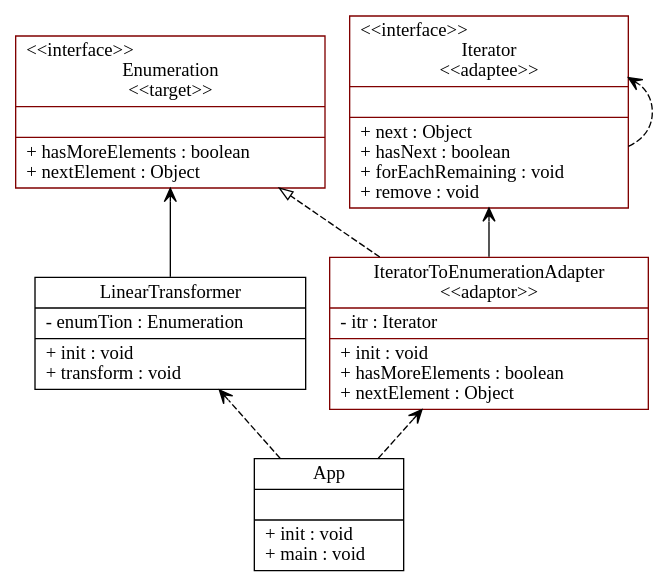
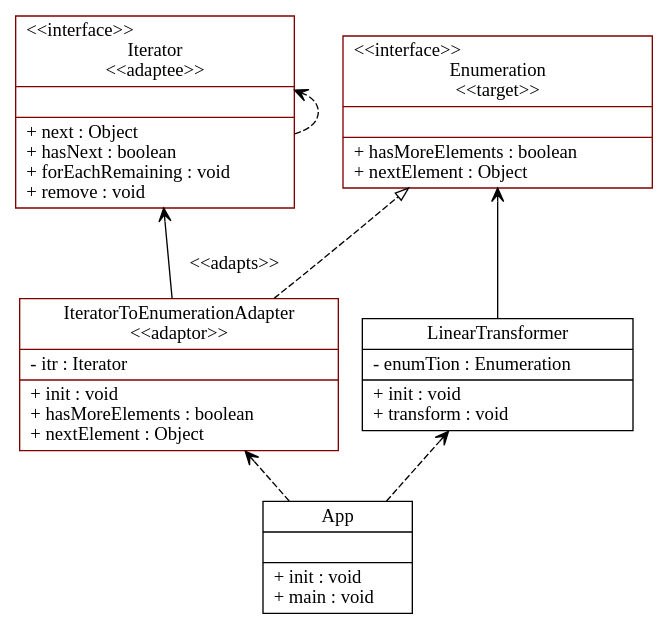
The diagram in graph_text/generated_graph.gv (cbudo/UMLCreator), drawn with Graphviz before and after one commit. The commit also changed 20 other files, not shown here.

```diff
--- a/graph_text/generated_graph.gv
+++ b/graph_text/generated_graph.gv
@@ -1,49 +1,49 @@
 digraph UML_Diagram
 {
 rankdir=BT;
 
 IteratorToEnumerationAdapter [
 shape = "record", color="maroon", fillcolor=white, style=filled,
 label = "{IteratorToEnumerationAdapter\n\<\<adaptor\>\>\n|
 - itr : Iterator\l
 |+ init : void\l
 + hasMoreElements : boolean\l
 + nextElement : Object\l
 }"];
 IteratorToEnumerationAdapter -> Enumeration [arrowhead="onormal", style="dashed"];
 
 App [
 shape = "record", color="black", fillcolor=white, style=filled,
 label = "{App\n|
 |+ init : void\l
 + main : void\l
 }"];
 
 LinearTransformer [
 shape = "record", color="black", fillcolor=white, style=filled,
 label = "{LinearTransformer\n|
 - enumTion : Enumeration\l
 |+ init : void\l
 + transform : void\l
 }"];
 
 Iterator [
 shape = "record", color="maroon", fillcolor=white, style=filled,
 label = "{\<\<interface\>\>\lIterator\n\<\<adaptee\>\>\n||+ next : Object\l
 + hasNext : boolean\l
 + forEachRemaining : void\l
 + remove : void\l
 }"];
 
 Enumeration [
 shape = "record", color="maroon", fillcolor=white, style=filled,
 label = "{\<\<interface\>\>\lEnumeration\n\<\<target\>\>\n||+ hasMoreElements : boolean\l
 + nextElement : Object\l
 }"];
-App -> IteratorToEnumerationAdapter [arrowhead="vee", style="dashed"];
-App -> LinearTransformer [arrowhead="vee", style="dashed"];
-Iterator -> Iterator [arrowhead="vee", style="dashed"];
-IteratorToEnumerationAdapter -> Iterator [arrowhead="vee", style="solid"];
-LinearTransformer -> Enumeration [arrowhead="vee", style="solid"];
+App -> IteratorToEnumerationAdapter [label = "", arrowhead="vee", style="dashed"];
+App -> LinearTransformer [label = "", arrowhead="vee", style="dashed"];
+Iterator -> Iterator [label = "", arrowhead="vee", style="dashed"];
+LinearTransformer -> Enumeration [label = "",arrowhead="vee", style="solid"];
+IteratorToEnumerationAdapter -> Iterator [label = "\n\<\<adapts\>\>",arrowhead="vee", style="solid"];
 
 }
```
